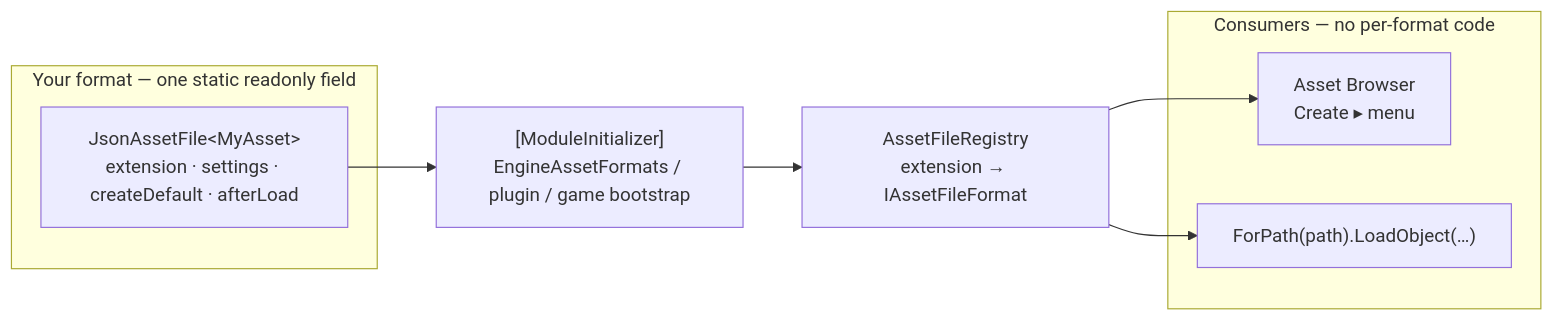
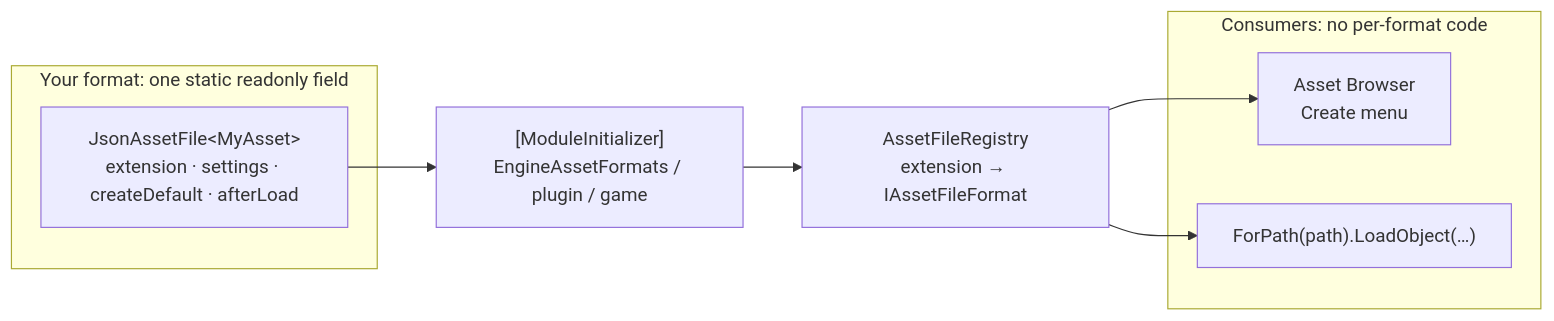
Before and after one commit to VoltageEngine/VoltageEngine: the diagram in docs/assets/README.md, drawn with Mermaid. The commit also changed other lines of this file and 61 other files, not shown here.

````diff
--- a/docs/assets/README.md
+++ b/docs/assets/README.md
@@ -62,18 +46,18 @@
 ```mermaid
 flowchart LR
-  subgraph DECL["Your format — one static readonly field"]
+  subgraph DECL["Your format: one static readonly field"]
     FMT["JsonAssetFile&lt;MyAsset&gt;<br/>extension · settings · createDefault · afterLoad"]
   end
 
   REG["AssetFileRegistry<br/>extension → IAssetFileFormat"]
-  MI["[ModuleInitializer]<br/>EngineAssetFormats / plugin / game bootstrap"]
+  MI["[ModuleInitializer]<br/>EngineAssetFormats / plugin / game"]
 
-  subgraph CONSUME["Consumers — no per-format code"]
-    MENU["Asset Browser<br/>Create ▸ menu"]
+  subgraph CONSUME["Consumers: no per-format code"]
+    MENU["Asset Browser<br/>Create menu"]
     LOAD["ForPath(path).LoadObject(…)"]
   end
 
   FMT --> MI --> REG
   REG --> MENU
   REG --> LOAD
 ```
````
